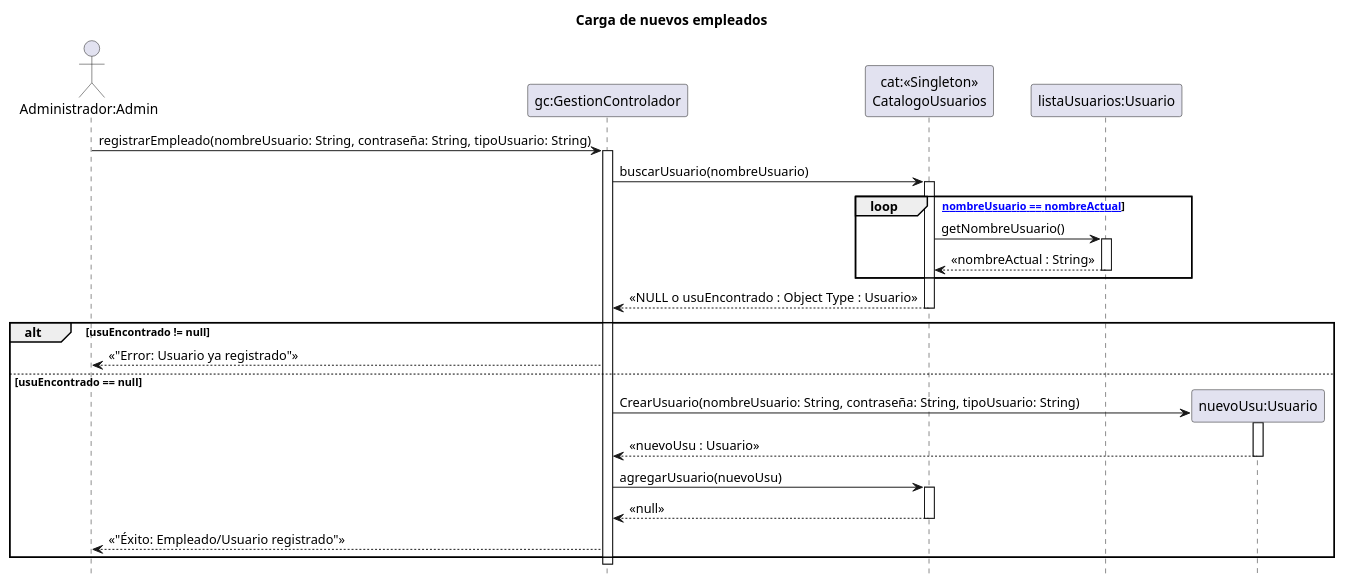
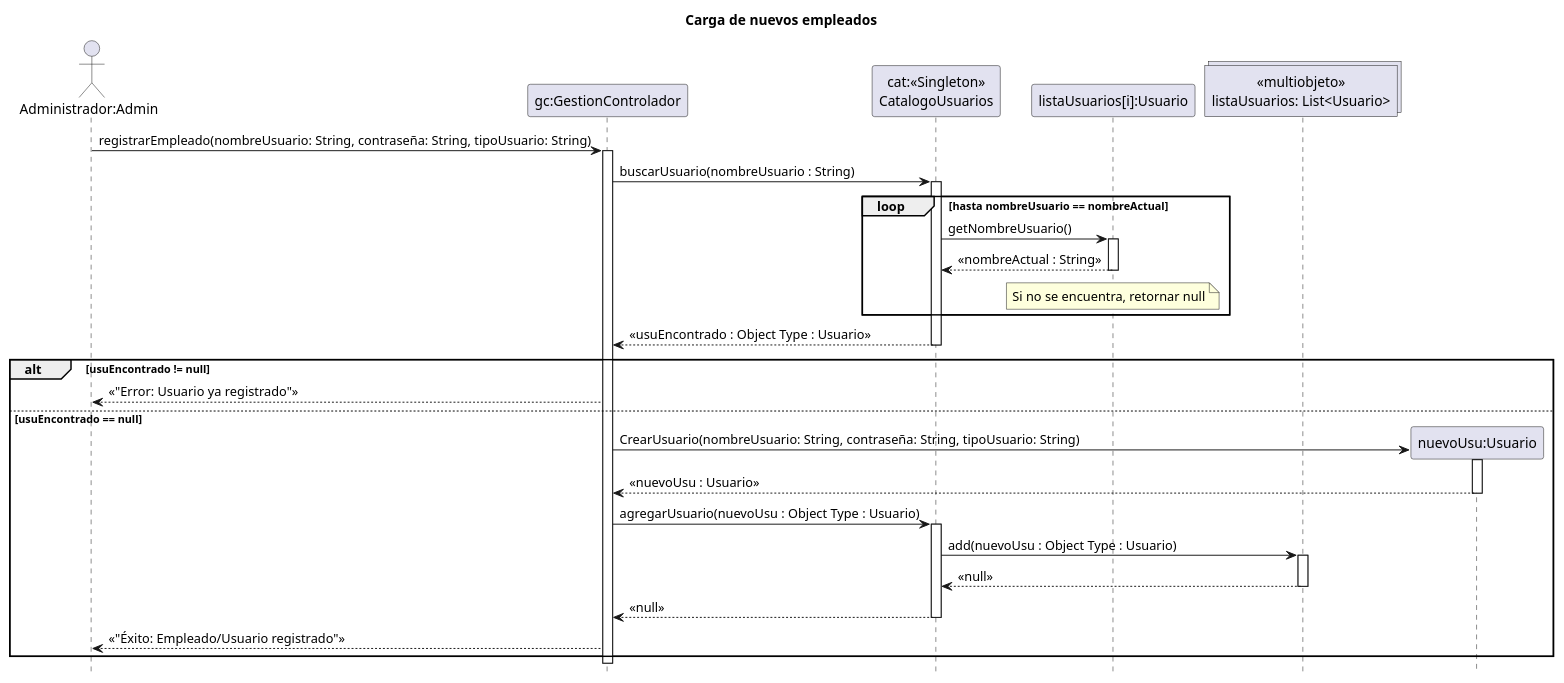
The diagram in 08 - Diagramas de Secuencia de Diseño/CargaEmpleados/CargaEmpleados.puml (zEzequR/PF-I), drawn with PlantUML before and after one commit. The commit also changed 18 other files, not shown here.

```diff
--- a/08 - Diagramas de Secuencia de Diseño/CargaEmpleados/CargaEmpleados.puml
+++ b/08 - Diagramas de Secuencia de Diseño/CargaEmpleados/CargaEmpleados.puml
@@ -1,49 +1,55 @@
 @startuml
 title Carga de nuevos empleados
 
 hide footbox
 
 actor "Administrador:Admin" as admin
 participant "gc:GestionControlador" as ctrl
 participant "cat:<<Singleton>>\nCatalogoUsuarios" as cat
-participant "listaUsuarios:Usuario" as usu_actual
+participant "listaUsuarios[i]:Usuario" as usu_actual
+collections "«multiobjeto»\nlistaUsuarios: List<Usuario>" as lista_usu
 
 admin -> ctrl : registrarEmpleado(nombreUsuario: String, contraseña: String, tipoUsuario: String)
 activate ctrl
 
-ctrl -> cat : buscarUsuario(nombreUsuario)
+ctrl -> cat : buscarUsuario(nombreUsuario : String)
 activate cat
 
-loop [hasta nombreUsuario == nombreActual]]
+loop hasta nombreUsuario == nombreActual
     cat -> usu_actual : getNombreUsuario()
     activate usu_actual
     usu_actual --> cat : << nombreActual : String >>
     deactivate usu_actual
+    note over of usu_actual: Si no se encuentra, retornar null
 end
 
-cat --> ctrl : << NULL o usuEncontrado : Object Type : Usuario >>
+cat --> ctrl : << usuEncontrado : Object Type : Usuario >>
 deactivate cat
     
     alt usuEncontrado != null
         deactivate cat
         ctrl --> admin : << "Error: Usuario ya registrado" >>
 
     else usuEncontrado == null
         deactivate cat
         
         create participant "nuevoUsu:Usuario" as nuevo_usu
         ctrl -> nuevo_usu : CrearUsuario(nombreUsuario: String, contraseña: String, tipoUsuario: String)
         activate nuevo_usu
         nuevo_usu --> ctrl : << nuevoUsu : Usuario >>
         deactivate nuevo_usu
 
-        ctrl -> cat : agregarUsuario(nuevoUsu)
+        ctrl -> cat : agregarUsuario(nuevoUsu : Object Type : Usuario)
         activate cat
+        cat -> lista_usu : add(nuevoUsu : Object Type : Usuario)
+        activate lista_usu
+        lista_usu --> cat : << null >>
+        deactivate lista_usu
         cat --> ctrl : << null >>
         deactivate cat
         
         ctrl --> admin : << "Éxito: Empleado/Usuario registrado" >>
     end
     
 deactivate ctrl
 @enduml
```
